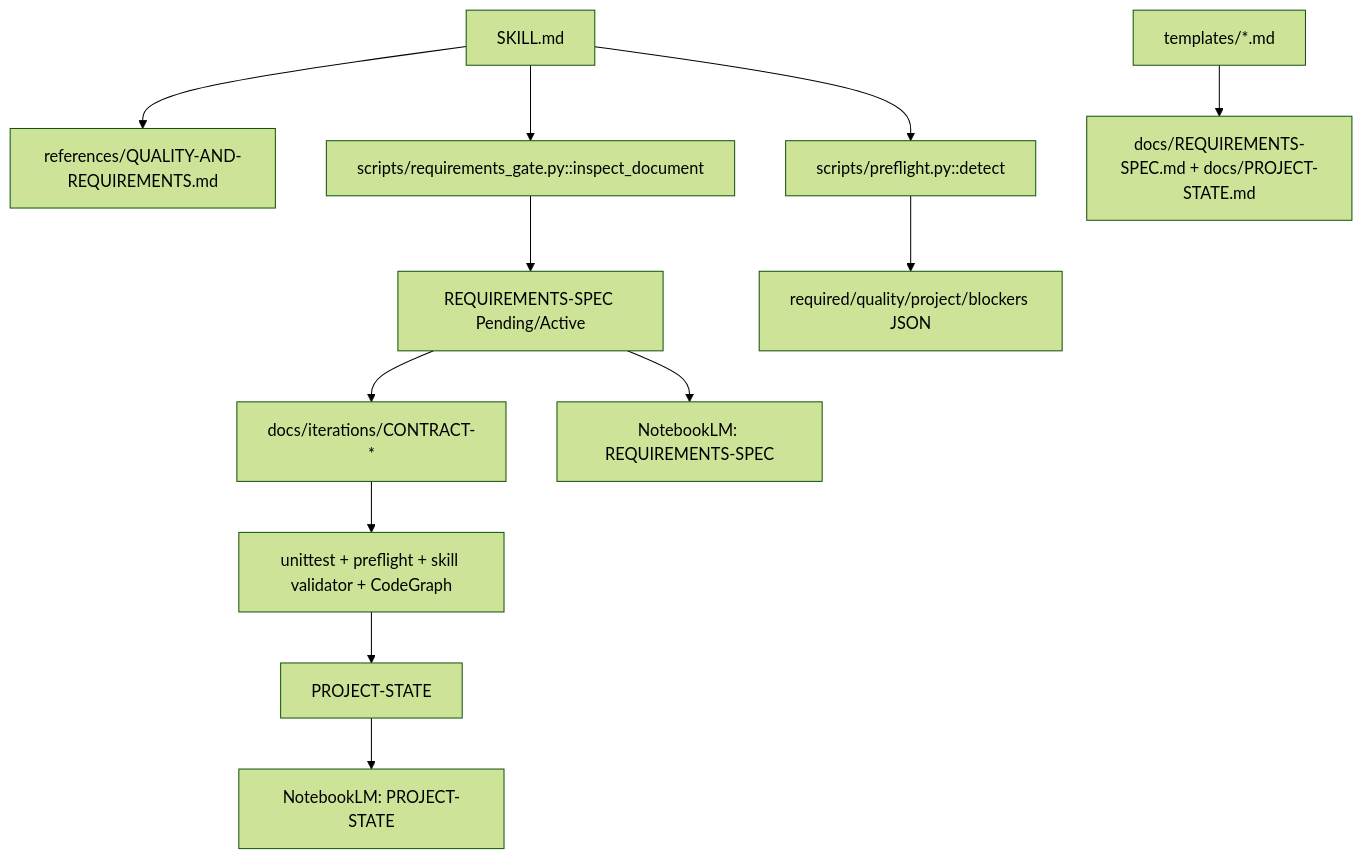
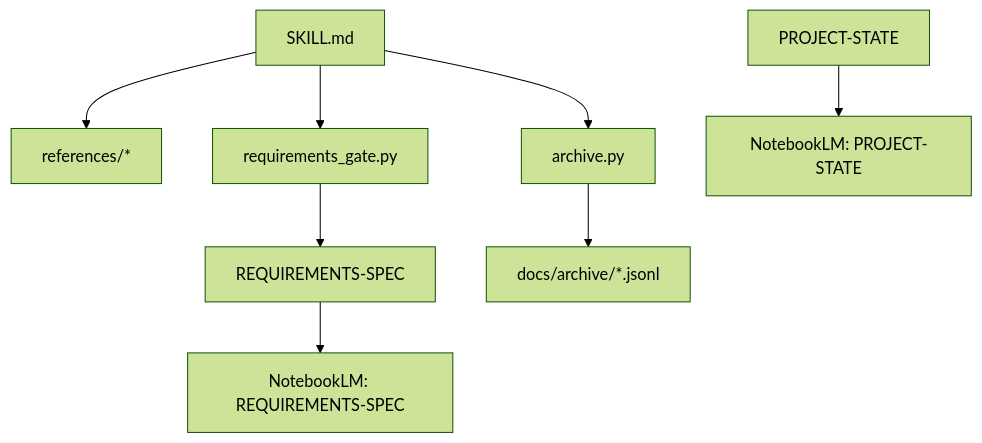
The diagram in docs/PROJECT-STATE.md (MySetsuna/notebooklm-iteration-loop), drawn with Mermaid (forest theme) before and after one commit. The commit also changed other lines of this file and 26 other files, not shown here.

Commit message:
feat: add incremental token-saving iteration flow

````diff
--- a/docs/PROJECT-STATE.md
+++ b/docs/PROJECT-STATE.md
@@ -30,14 +13,10 @@
 ```mermaid
 graph TD
-  Skill["SKILL.md"] --> Governance["references/QUALITY-AND-REQUIREMENTS.md"]
-  Skill --> Preflight["scripts/preflight.py::detect"]
-  Skill --> ReqGate["scripts/requirements_gate.py::inspect_document"]
-  Templates["templates/*.md"] --> ProjectDocs["docs/REQUIREMENTS-SPEC.md + docs/PROJECT-STATE.md"]
-  ReqGate --> Requirements["REQUIREMENTS-SPEC Pending/Active"]
-  Preflight --> CapabilityJSON["required/quality/project/blockers JSON"]
-  Requirements --> Contract["docs/iterations/CONTRACT-*"]
-  Contract --> Checkers["unittest + preflight + skill validator + CodeGraph"]
-  Checkers --> State["PROJECT-STATE"]
-  Requirements --> NotebookLM["NotebookLM: REQUIREMENTS-SPEC"]
-  State --> NotebookLMState["NotebookLM: PROJECT-STATE"]
+  Skill["SKILL.md"] --> Governance["references/*"]
+  Skill --> Gate["requirements_gate.py"]
+  Skill --> Archive["archive.py"]
+  Gate --> Requirements["REQUIREMENTS-SPEC"]
+  Archive --> History["docs/archive/*.jsonl"]
+  Requirements --> NLMReq["NotebookLM: REQUIREMENTS-SPEC"]
+  State["PROJECT-STATE"] --> NLMState["NotebookLM: PROJECT-STATE"]
 ```
````
